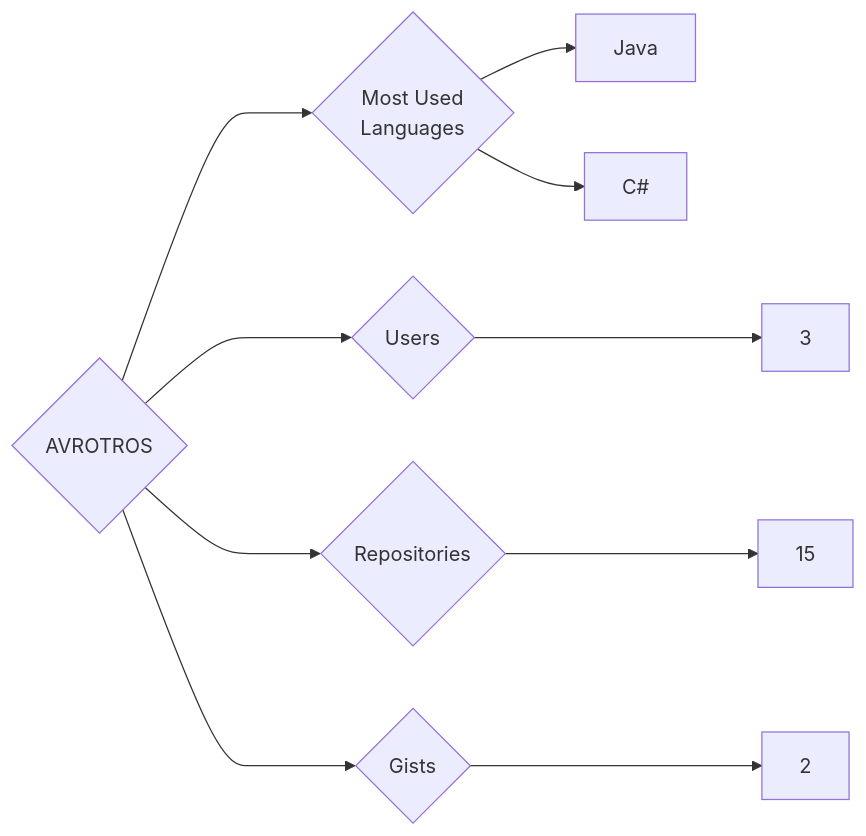
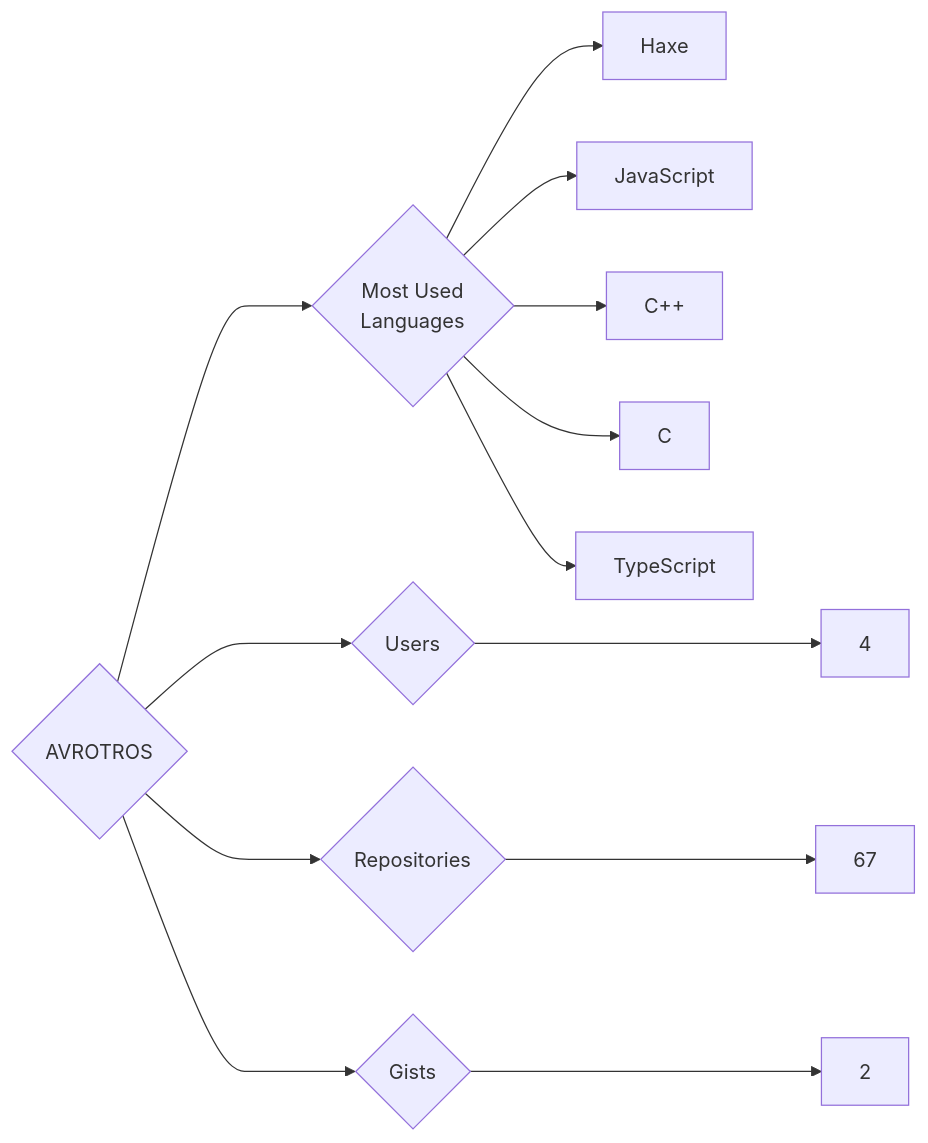
One commit to trickest/insiders changed the diagram in targets/AVROTROS/README.md. Above: the diagram before and after it, drawn with Mermaid. The commit also changed 610 other files, not shown here.

````diff
--- a/targets/AVROTROS/README.md
+++ b/targets/AVROTROS/README.md
@@ -3,10 +3,13 @@
 ```mermaid
 graph LR
 COMPANY_NAME{AVROTROS}
-COMPANY_NAME ---> U{Users} ---> UN[3]
-COMPANY_NAME ---> R{Repositories} ---> RN[15]
+COMPANY_NAME ---> U{Users} ---> UN[4]
+COMPANY_NAME ---> R{Repositories} ---> RN[67]
 COMPANY_NAME ---> G{Gists} ---> GN[2]
 COMPANY_NAME ---> ML{Most Used<br>Languages}
-ML --> Java[Java]
-ML --> C#[C#]
+ML --> Haxe[Haxe]
+ML --> JavaScript[JavaScript]
+ML --> C++[C++]
+ML --> C[C]
+ML --> TypeScript[TypeScript]
 ```
````
